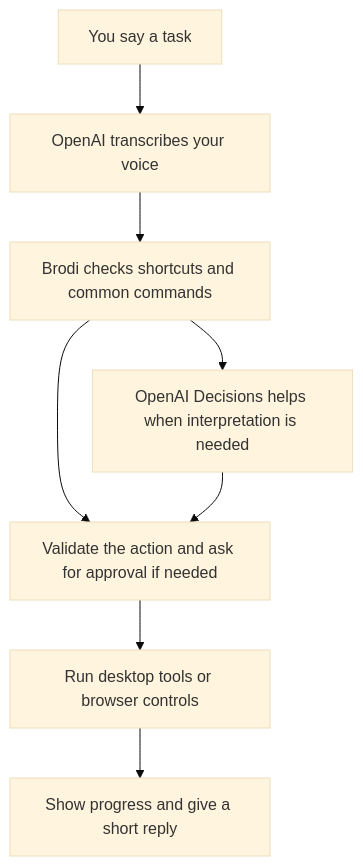
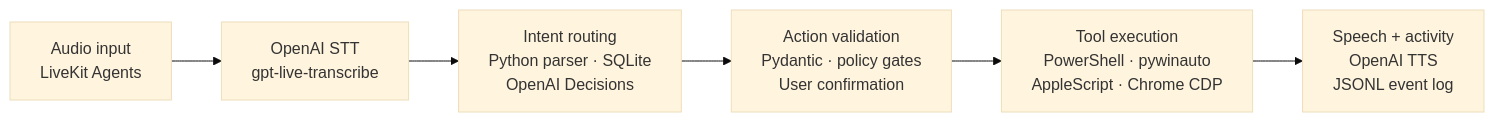
The diagram in README.md (OmiChrome/Brodi), drawn with Mermaid (base theme) before and after one commit. The commit also changed other lines of this file, not shown here.

Commit message:
Center README hero and use horizontal technical architecture graph

````diff
--- a/README.md
+++ b/README.md
@@ -142,10 +125,8 @@
 ```mermaid
-flowchart TD
-    A["You say a task"] --> B["OpenAI transcribes your voice"]
-    B --> C["Brodi checks shortcuts and common commands"]
-    C --> D["OpenAI Decisions helps when interpretation is needed"]
-    C --> E["Validate the action and ask for approval if needed"]
-    D --> E
-    E --> F["Run desktop tools or browser controls"]
-    F --> G["Show progress and give a short reply"]
+flowchart LR
+    A["Audio input<br/>LiveKit Agents"] --> B["OpenAI STT<br/>gpt-live-transcribe"]
+    B --> C["Intent routing<br/>Python parser · SQLite<br/>OpenAI Decisions"]
+    C --> D["Action validation<br/>Pydantic · policy gates<br/>User confirmation"]
+    D --> E["Tool execution<br/>PowerShell · pywinauto<br/>AppleScript · Chrome CDP"]
+    E --> F["Speech + activity<br/>OpenAI TTS<br/>JSONL event log"]
 ```
````
